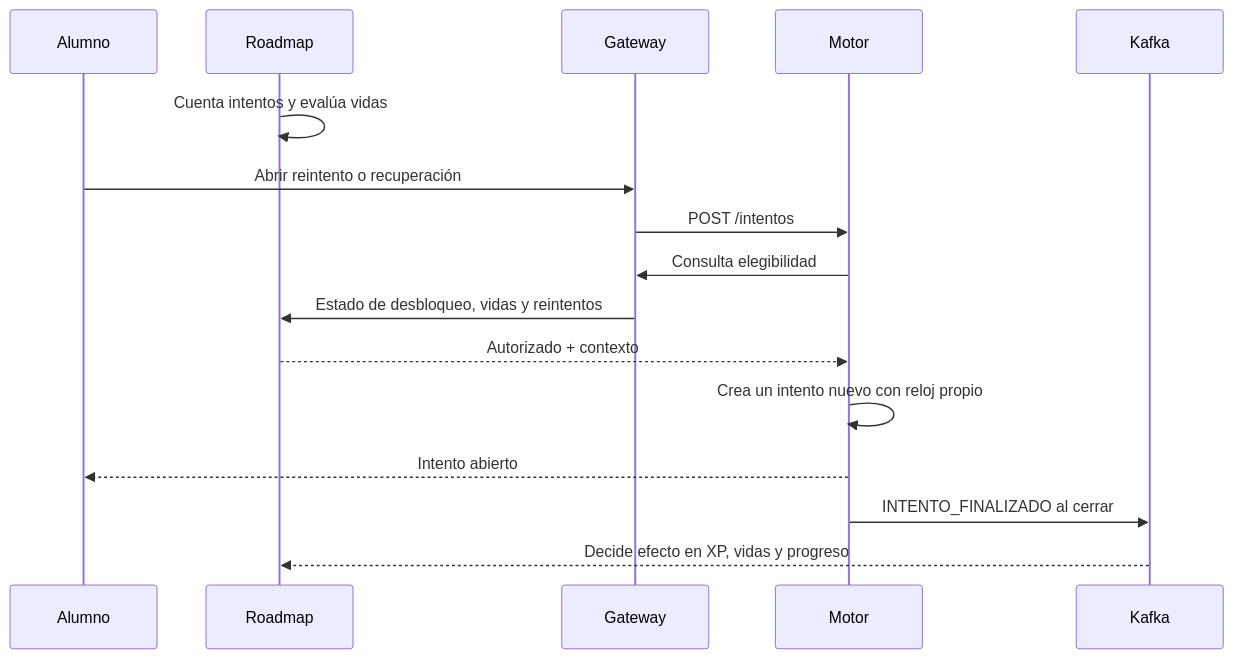
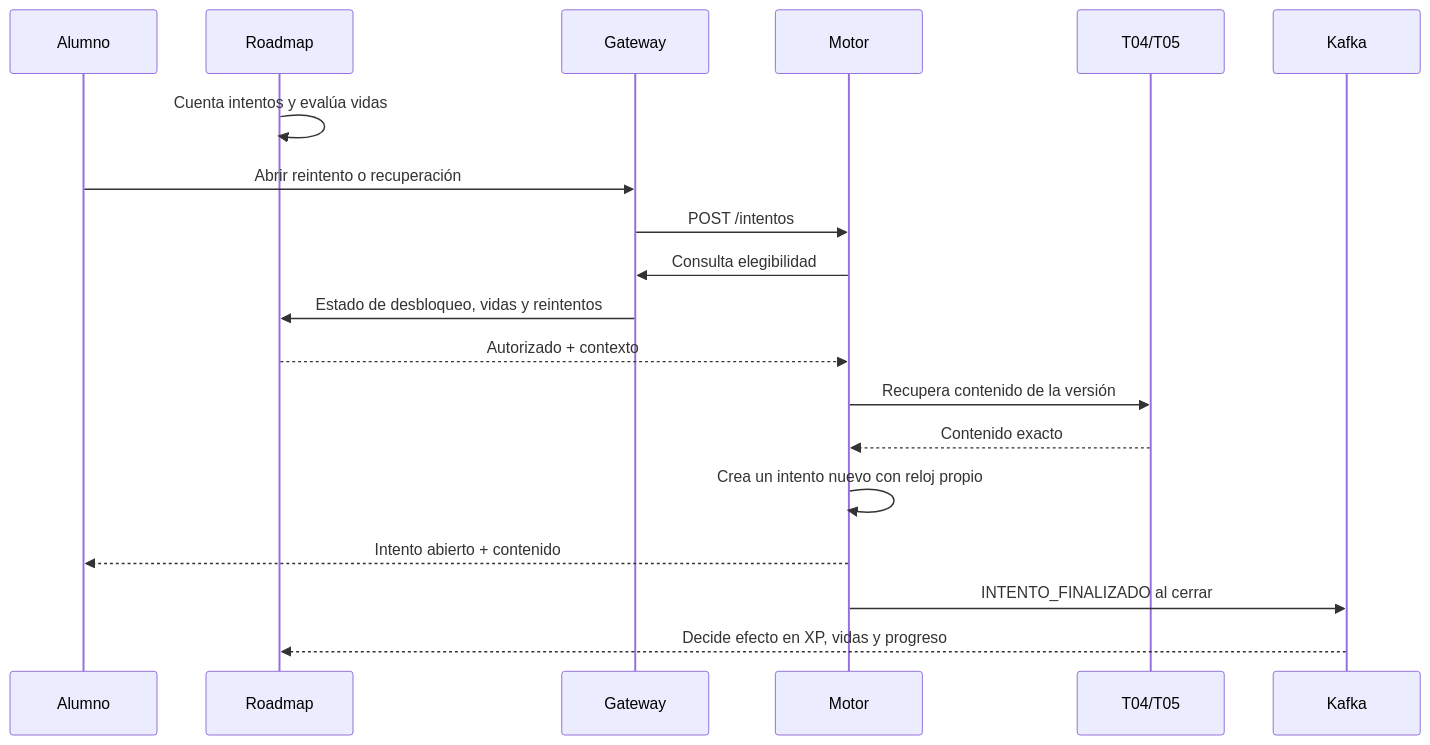
The sixth of 7 diagrams in docs/flujos.md (pgprimitz/TPI-MotoDeDesafios), drawn with Mermaid before and after one commit. The commit also changed other lines of this file and 11 other files, not shown here.

Commit message:
Update roadmap and challenge integration documentation

````diff
--- a/docs/flujos.md
+++ b/docs/flujos.md
@@ -238,19 +247,22 @@
 ```mermaid
 sequenceDiagram
     participant A as Alumno
     participant R as Roadmap
     participant G as Gateway
     participant M as Motor
+    participant C as T04/T05
     participant K as Kafka
 
     R->>R: Cuenta intentos y evalúa vidas
     A->>G: Abrir reintento o recuperación
     G->>M: POST /intentos
     M->>G: Consulta elegibilidad
     G->>R: Estado de desbloqueo, vidas y reintentos
     R-->>M: Autorizado + contexto
+    M->>C: Recupera contenido de la versión
+    C-->>M: Contenido exacto
     M->>M: Crea un intento nuevo con reloj propio
-    M-->>A: Intento abierto
+    M-->>A: Intento abierto + contenido
     M->>K: INTENTO_FINALIZADO al cerrar
     K-->>R: Decide efecto en XP, vidas y progreso
 ```
````
